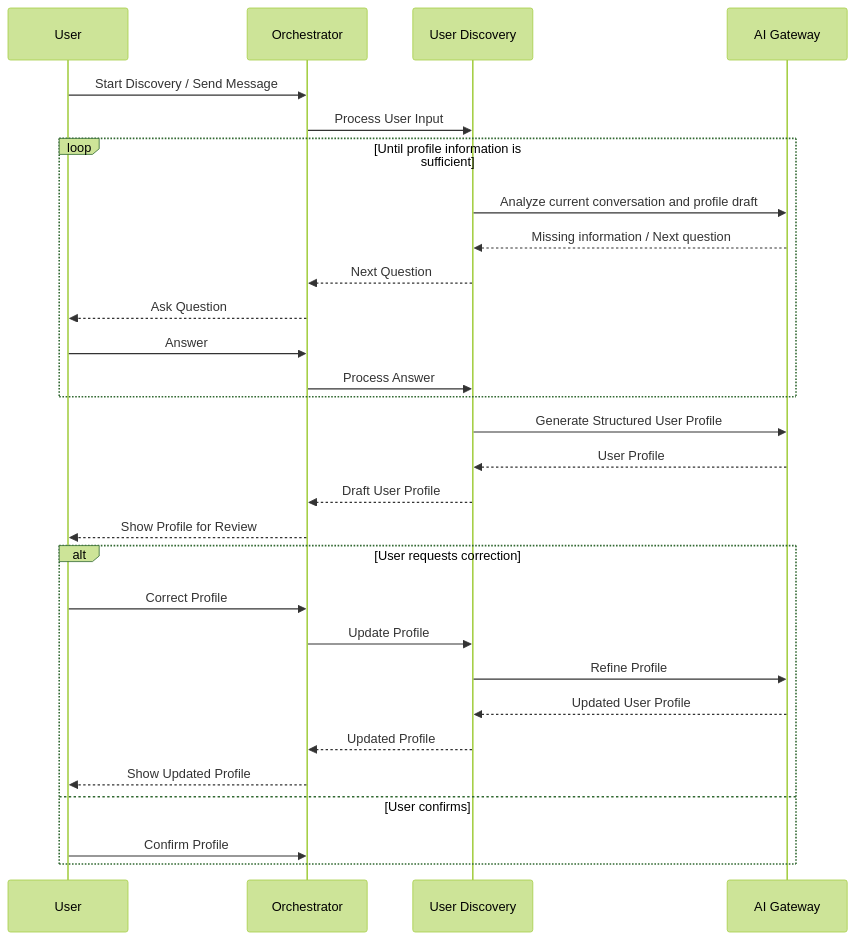
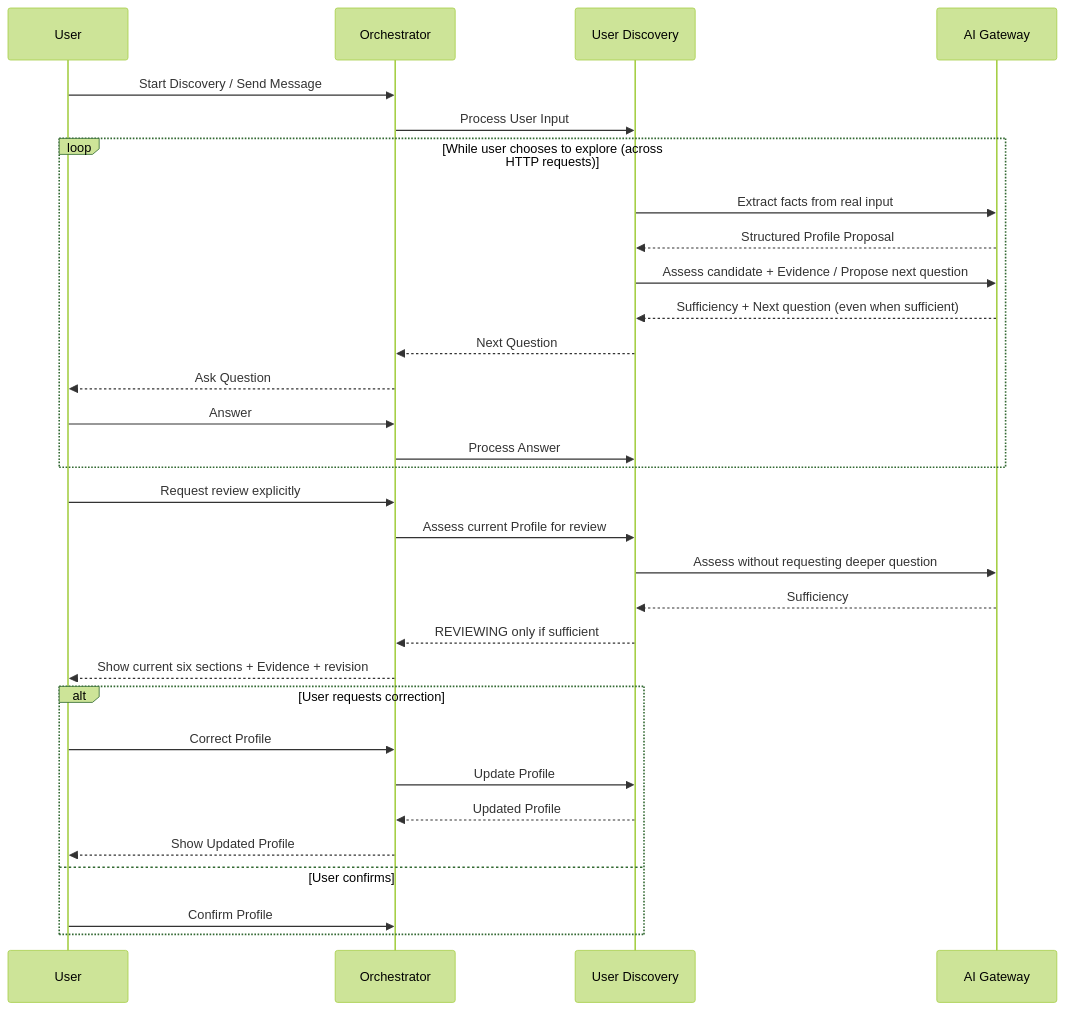
The third of 5 diagrams in docs/ARCHITECTURE.md (ayywl288/DelveForge), drawn with Mermaid (forest theme) before and after one commit. The commit also changed other lines of this file and 35 other files, not shown here.

Commit message:
fix(user-discovery): continue guided exploration and review profiles

````diff
--- a/docs/ARCHITECTURE.md
+++ b/docs/ARCHITECTURE.md
@@ -1093,38 +1116,39 @@
 ```mermaid
 sequenceDiagram
     participant U as User
     participant O as Orchestrator
     participant UD as User Discovery
     participant AI as AI Gateway
 
     U->>O: Start Discovery / Send Message
     O->>UD: Process User Input
 
-    loop Until profile information is sufficient
-        UD->>AI: Analyze current conversation and profile draft
-        AI-->>UD: Missing information / Next question
+    loop While user chooses to explore (across HTTP requests)
+        UD->>AI: Extract facts from real input
+        AI-->>UD: Structured Profile Proposal
+        UD->>AI: Assess candidate + Evidence / Propose next question
+        AI-->>UD: Sufficiency + Next question (even when sufficient)
 
         UD-->>O: Next Question
         O-->>U: Ask Question
 
         U->>O: Answer
         O->>UD: Process Answer
     end
 
-    UD->>AI: Generate Structured User Profile
-    AI-->>UD: User Profile
-
-    UD-->>O: Draft User Profile
-    O-->>U: Show Profile for Review
+    U->>O: Request review explicitly
+    O->>UD: Assess current Profile for review
+    UD->>AI: Assess without requesting deeper question
+    AI-->>UD: Sufficiency
+    UD-->>O: REVIEWING only if sufficient
+    O-->>U: Show current six sections + Evidence + revision
 
     alt User requests correction
         U->>O: Correct Profile
         O->>UD: Update Profile
-        UD->>AI: Refine Profile
-        AI-->>UD: Updated User Profile
         UD-->>O: Updated Profile
         O-->>U: Show Updated Profile
     else User confirms
         U->>O: Confirm Profile
     end
 ```
````
